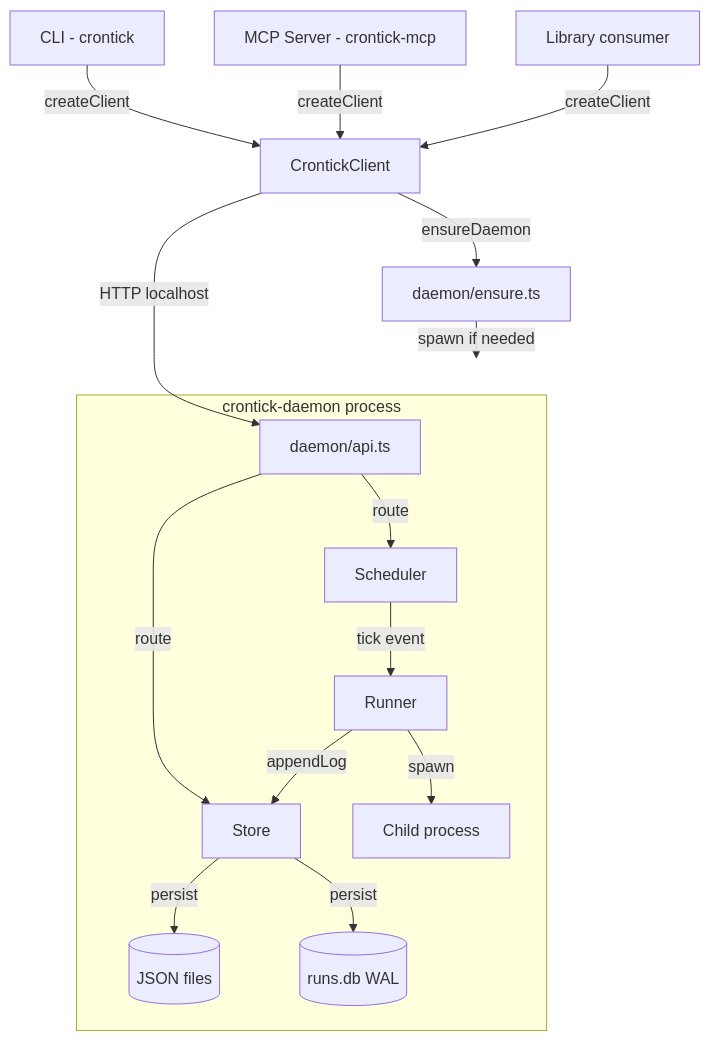
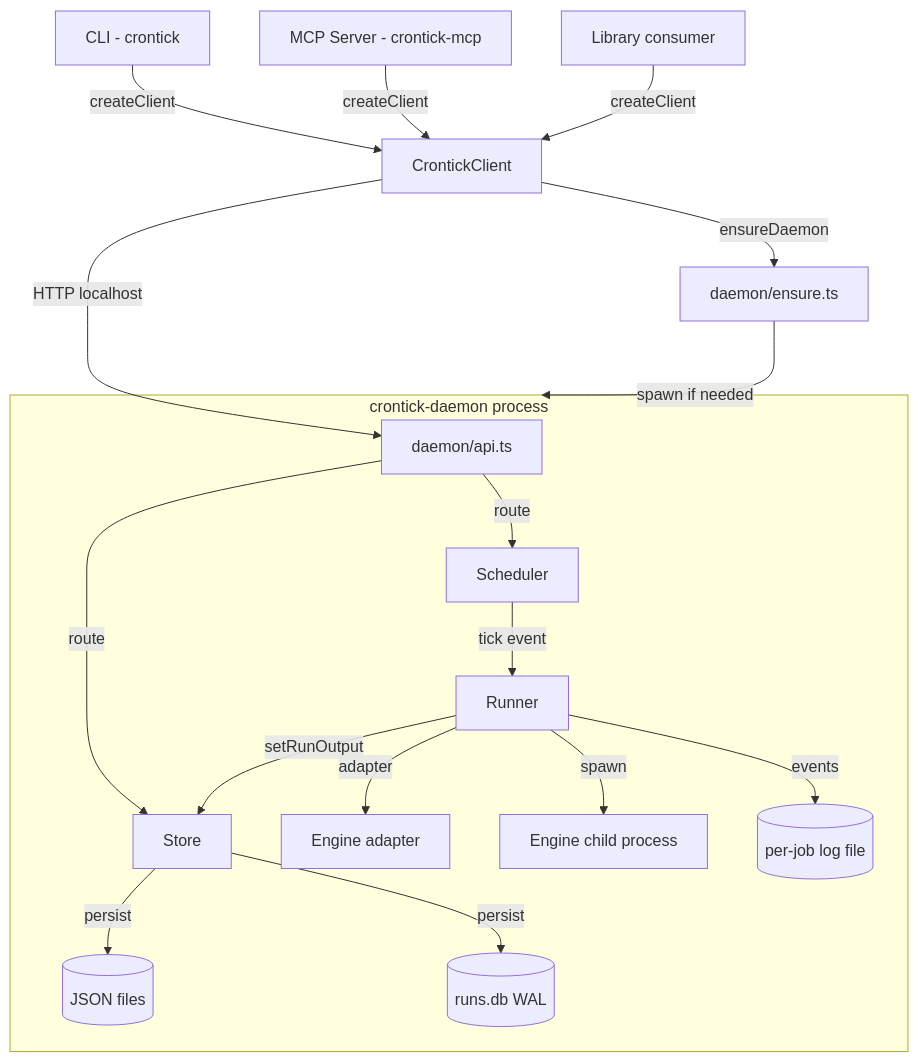
The diagram in docs/architecture.md (tejitpabari99/crontick), drawn with Mermaid before and after one commit. The commit also changed other lines of this file and 308 other files, not shown here.

````diff
--- a/docs/architecture.md
+++ b/docs/architecture.md
@@ -147,21 +42,23 @@
 ```mermaid
 flowchart TD
     CLI[CLI - crontick] -->|createClient| Client[CrontickClient]
     MCP[MCP Server - crontick-mcp] -->|createClient| Client
     LIB[Library consumer] -->|createClient| Client
 
     Client -->|ensureDaemon| Ensure[daemon/ensure.ts]
     Ensure -->|spawn if needed| Daemon
 
     Client -->|HTTP localhost| API[daemon/api.ts]
 
     subgraph Daemon[crontick-daemon process]
         API -->|route| Store[Store]
         API -->|route| Sched[Scheduler]
         Store -->|persist| FS[(JSON files)]
         Store -->|persist| SQLite[(runs.db WAL)]
         Sched -->|tick event| Runner[Runner]
-        Runner -->|spawn| Child[Child process]
-        Runner -->|appendLog| Store
+        Runner -->|adapter| Engine[Engine adapter]
+        Runner -->|spawn| Child[Engine child process]
+        Runner -->|setRunOutput| Store
+        Runner -->|events| LogFile[(per-job log file)]
     end
 ```
````
